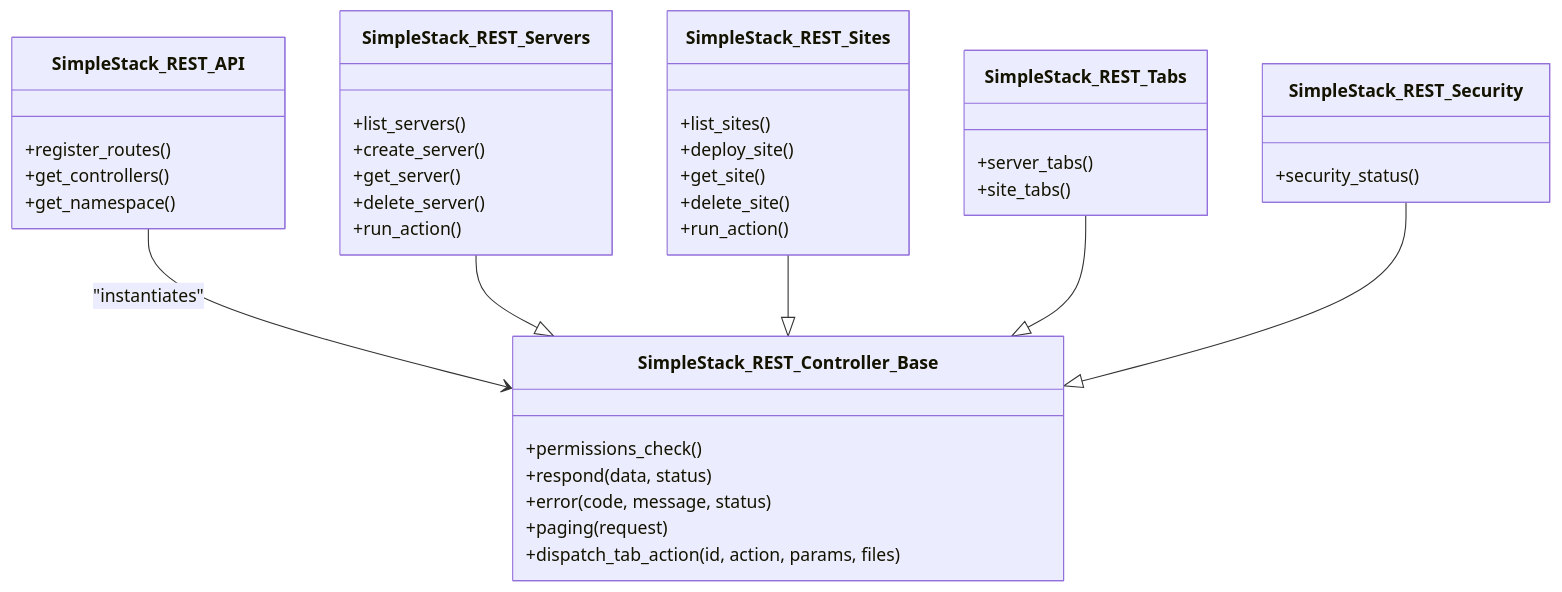
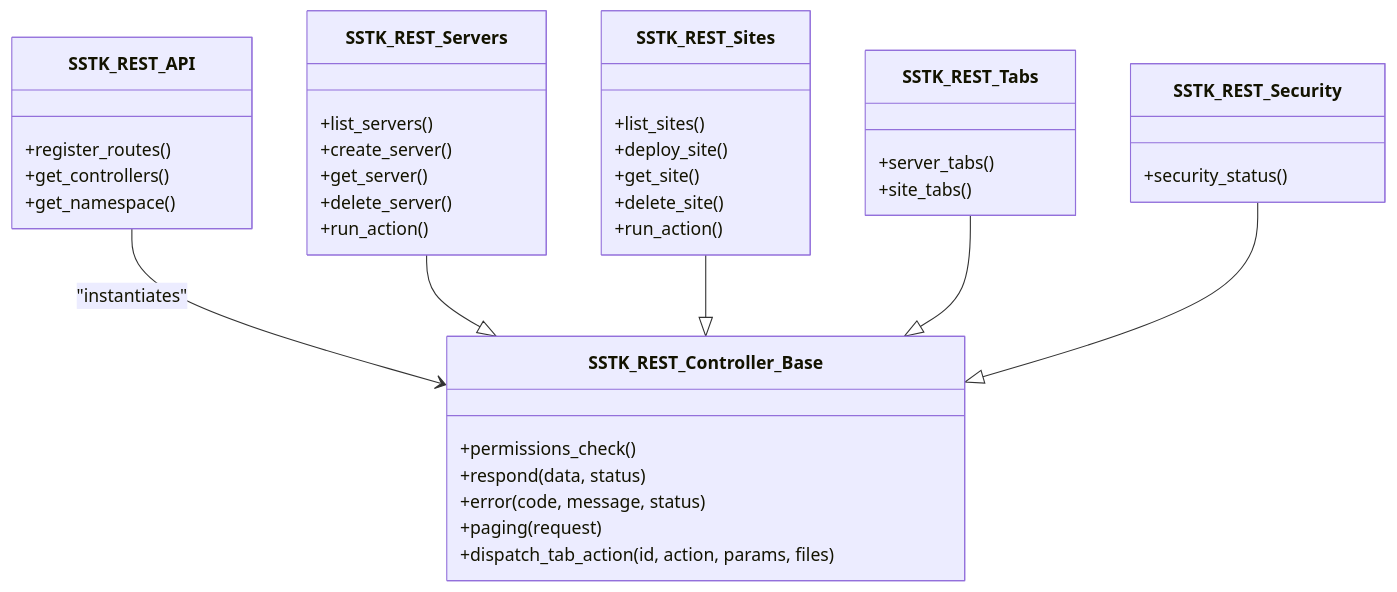
Before and after one commit to onedogsolutions/simple-stack: the eighth of 9 diagrams in .qoder/repowiki/en/content/React Admin Interface/State Management.md, drawn with Mermaid. The commit also changed other lines of this file and 5941 other files, not shown here.

First line of the commit message:
refactor(core): rebrand WPCloudDeploy to Simple Stack with new namespaces and prefixes

````diff
--- a/.qoder/repowiki/en/content/React Admin Interface/State Management.md
+++ b/.qoder/repowiki/en/content/React Admin Interface/State Management.md
@@ -333,41 +333,41 @@
 ```mermaid
 classDiagram
-class SimpleStack_REST_API {
+class SSTK_REST_API {
 +register_routes()
 +get_controllers()
 +get_namespace()
 }
-class SimpleStack_REST_Controller_Base {
+class SSTK_REST_Controller_Base {
 +permissions_check()
 +respond(data, status)
 +error(code, message, status)
 +paging(request)
 +dispatch_tab_action(id, action, params, files)
 }
-class SimpleStack_REST_Servers {
+class SSTK_REST_Servers {
 +list_servers()
 +create_server()
 +get_server()
 +delete_server()
 +run_action()
 }
-class SimpleStack_REST_Sites {
+class SSTK_REST_Sites {
 +list_sites()
 +deploy_site()
 +get_site()
 +delete_site()
 +run_action()
 }
-class SimpleStack_REST_Tabs {
+class SSTK_REST_Tabs {
 +server_tabs()
 +site_tabs()
 }
-class SimpleStack_REST_Security {
+class SSTK_REST_Security {
 +security_status()
 }
-SimpleStack_REST_API --> SimpleStack_REST_Controller_Base : "instantiates"
-SimpleStack_REST_Servers --|> SimpleStack_REST_Controller_Base
-SimpleStack_REST_Sites --|> SimpleStack_REST_Controller_Base
-SimpleStack_REST_Tabs --|> SimpleStack_REST_Controller_Base
-SimpleStack_REST_Security --|> SimpleStack_REST_Controller_Base
+SSTK_REST_API --> SSTK_REST_Controller_Base : "instantiates"
+SSTK_REST_Servers --|> SSTK_REST_Controller_Base
+SSTK_REST_Sites --|> SSTK_REST_Controller_Base
+SSTK_REST_Tabs --|> SSTK_REST_Controller_Base
+SSTK_REST_Security --|> SSTK_REST_Controller_Base
 ```
````
